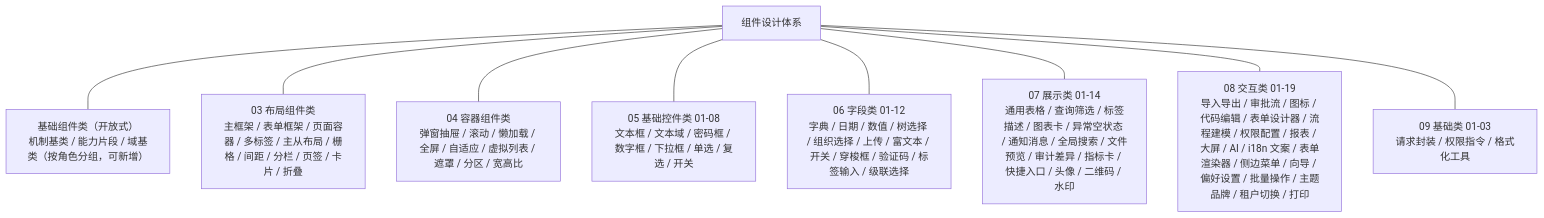
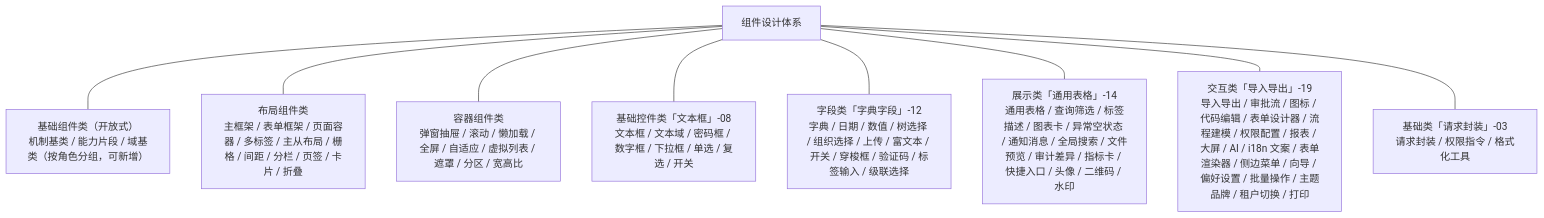
Before and after one commit to minjian123/basic-management-system: the diagram in bms文档/设计/组件设计/01_组件设计_总览.md, drawn with Mermaid. The commit also changed other lines of this file and 91 other files, not shown here.

Commit message:
docs(组件库): 组件设计正文编号引用清理（改为名称定位，保留目录与路线图编号）

````diff
--- a/bms文档/设计/组件设计/01_组件设计_总览.md
+++ b/bms文档/设计/组件设计/01_组件设计_总览.md
@@ -165,20 +165,20 @@
 ```mermaid
 graph TD
     ROOT["组件设计体系"]
     BASE["基础组件类（开放式）<br/>机制基类 / 能力片段 / 域基类（按角色分组，可新增）"]
-    LAY["03 布局组件类<br/>主框架 / 表单框架 / 页面容器 / 多标签 / 主从布局 / 栅格 / 间距 / 分栏 / 页签 / 卡片 / 折叠"]
-    BOX["04 容器组件类<br/>弹窗抽屉 / 滚动 / 懒加载 / 全屏 / 自适应 / 虚拟列表 / 遮罩 / 分区 / 宽高比"]
-    CTRL["05 基础控件类 01-08<br/>文本框 / 文本域 / 密码框 / 数字框 / 下拉框 / 单选 / 复选 / 开关"]
-    F["06 字段类 01-12<br/>字典 / 日期 / 数值 / 树选择 / 组织选择 / 上传 / 富文本 / 开关 / 穿梭框 / 验证码 / 标签输入 / 级联选择"]
-    D["07 展示类 01-14<br/>通用表格 / 查询筛选 / 标签描述 / 图表卡 / 异常空状态 / 通知消息 / 全局搜索 / 文件预览 / 审计差异 / 指标卡 / 快捷入口 / 头像 / 二维码 / 水印"]
-    I["08 交互类 01-19<br/>导入导出 / 审批流 / 图标 / 代码编辑 / 表单设计器 / 流程建模 / 权限配置 / 报表 / 大屏 / AI / i18n 文案 / 表单渲染器 / 侧边菜单 / 向导 / 偏好设置 / 批量操作 / 主题品牌 / 租户切换 / 打印"]
-    B["09 基础类 01-03<br/>请求封装 / 权限指令 / 格式化工具"]
+    LAY["布局组件类<br/>主框架 / 表单框架 / 页面容器 / 多标签 / 主从布局 / 栅格 / 间距 / 分栏 / 页签 / 卡片 / 折叠"]
+    BOX["容器组件类<br/>弹窗抽屉 / 滚动 / 懒加载 / 全屏 / 自适应 / 虚拟列表 / 遮罩 / 分区 / 宽高比"]
+    CTRL["基础控件类「文本框」-08<br/>文本框 / 文本域 / 密码框 / 数字框 / 下拉框 / 单选 / 复选 / 开关"]
+    F["字段类「字典字段」-12<br/>字典 / 日期 / 数值 / 树选择 / 组织选择 / 上传 / 富文本 / 开关 / 穿梭框 / 验证码 / 标签输入 / 级联选择"]
+    D["展示类「通用表格」-14<br/>通用表格 / 查询筛选 / 标签描述 / 图表卡 / 异常空状态 / 通知消息 / 全局搜索 / 文件预览 / 审计差异 / 指标卡 / 快捷入口 / 头像 / 二维码 / 水印"]
+    I["交互类「导入导出」-19<br/>导入导出 / 审批流 / 图标 / 代码编辑 / 表单设计器 / 流程建模 / 权限配置 / 报表 / 大屏 / AI / i18n 文案 / 表单渲染器 / 侧边菜单 / 向导 / 偏好设置 / 批量操作 / 主题品牌 / 租户切换 / 打印"]
+    B["基础类「请求封装」-03<br/>请求封装 / 权限指令 / 格式化工具"]
     ROOT --- BASE
     ROOT --- LAY
     ROOT --- BOX
     ROOT --- CTRL
     ROOT --- F
     ROOT --- D
     ROOT --- I
     ROOT --- B
 ```
````
